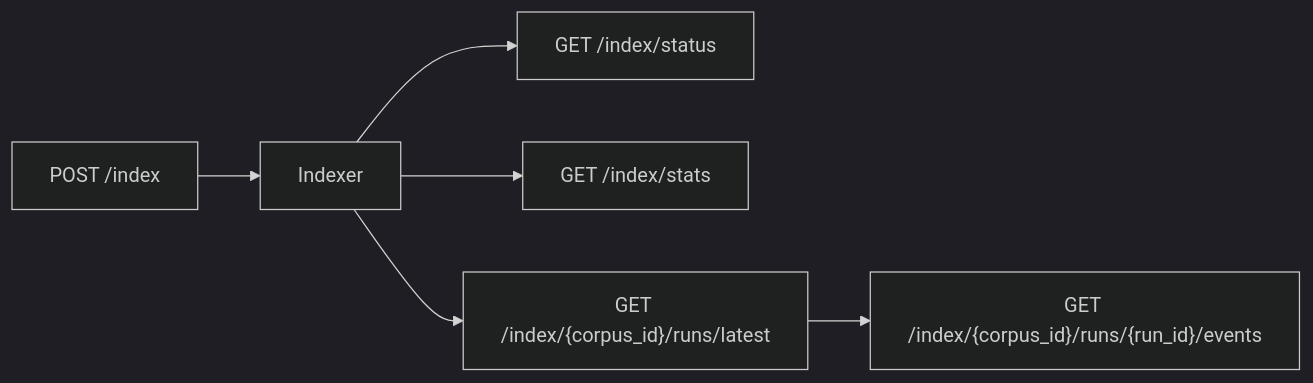
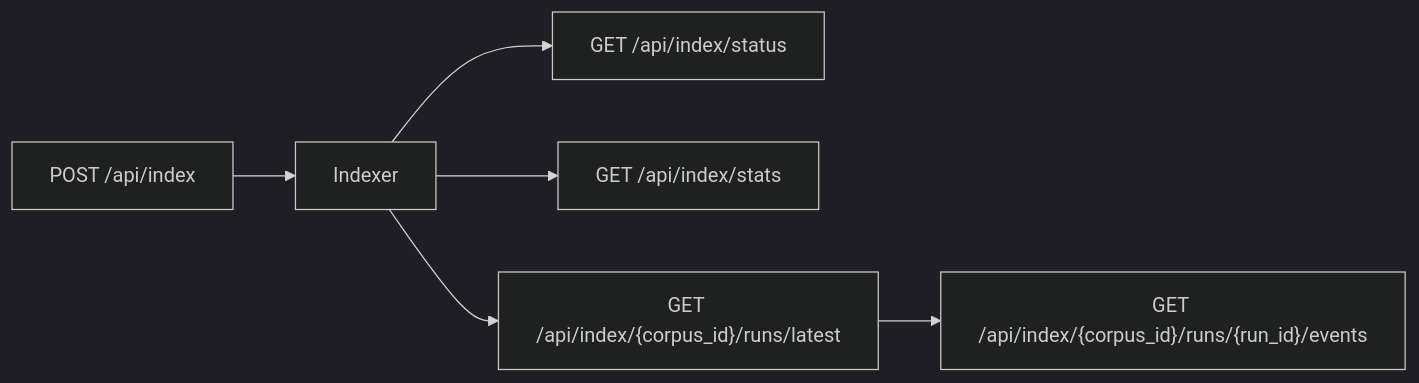
One commit to DMontgomery40/ragweld changed the diagram in mkdocs/docs/api_indexing.md. Above: the diagram before and after it, drawn with Mermaid (dark theme). The commit also changed other lines of this file, not shown here.

Commit message:
docs(ai): autopilot update

````diff
--- a/mkdocs/docs/api_indexing.md
+++ b/mkdocs/docs/api_indexing.md
@@ -49,8 +49,8 @@
 ```mermaid
 flowchart LR
-    Start["POST /index"] --> Worker["Indexer"]
-    Worker --> Status["GET /index/status"]
-    Worker --> Stats["GET /index/stats"]
-    Worker --> Latest["GET /index/{corpus_id}/runs/latest"]
-    Latest --> Events["GET /index/{corpus_id}/runs/{run_id}/events"]
+    Start["POST /api/index"] --> Worker["Indexer"]
+    Worker --> Status["GET /api/index/status"]
+    Worker --> Stats["GET /api/index/stats"]
+    Worker --> Latest["GET /api/index/{corpus_id}/runs/latest"]
+    Latest --> Events["GET /api/index/{corpus_id}/runs/{run_id}/events"]
 ```
````
